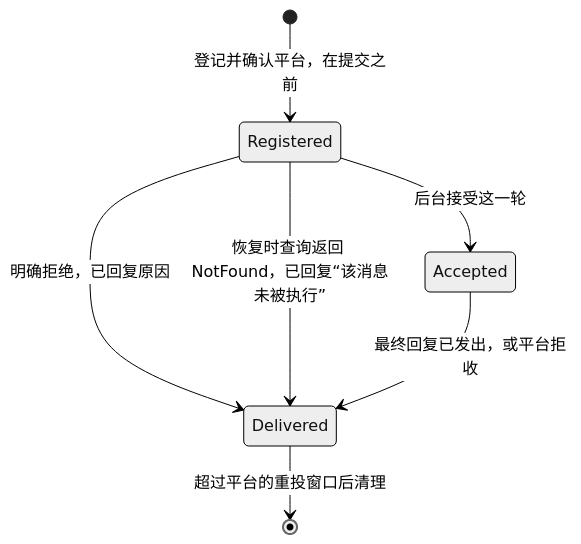
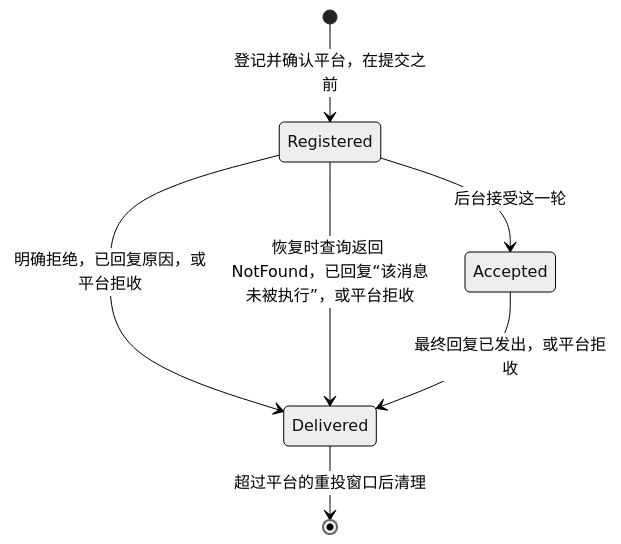
Before and after one commit to Skyline10124/lattice: the second of 2 diagrams in docs/adr/0011-im-gateway-inside-backend.md, drawn with Mermaid (neutral theme). The commit also changed other lines of this file, not shown here.

````diff
--- a/docs/adr/0011-im-gateway-inside-backend.md
+++ b/docs/adr/0011-im-gateway-inside-backend.md
@@ -243,9 +243,9 @@
 ```mermaid
 stateDiagram-v2
     [*] --> Registered: 登记并确认平台，在提交之前
     Registered --> Accepted: 后台接受这一轮
-    Registered --> Delivered: 明确拒绝，已回复原因
-    Registered --> Delivered: 恢复时查询返回 NotFound，已回复“该消息未被执行”
+    Registered --> Delivered: 明确拒绝，已回复原因，或平台拒收
+    Registered --> Delivered: 恢复时查询返回 NotFound，已回复“该消息未被执行”，或平台拒收
     Accepted --> Delivered: 最终回复已发出，或平台拒收
     Delivered --> [*]: 超过平台的重投窗口后清理
 ```
````
